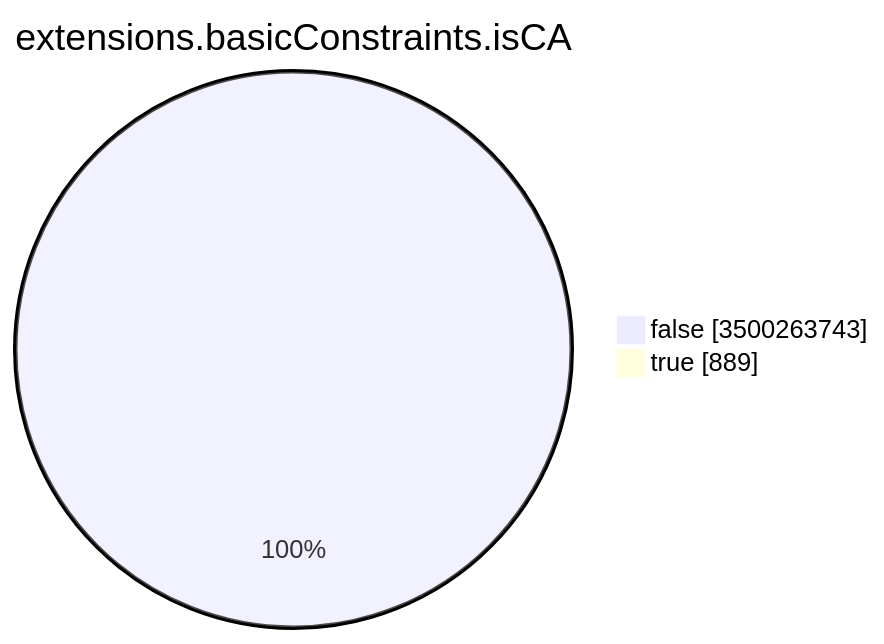
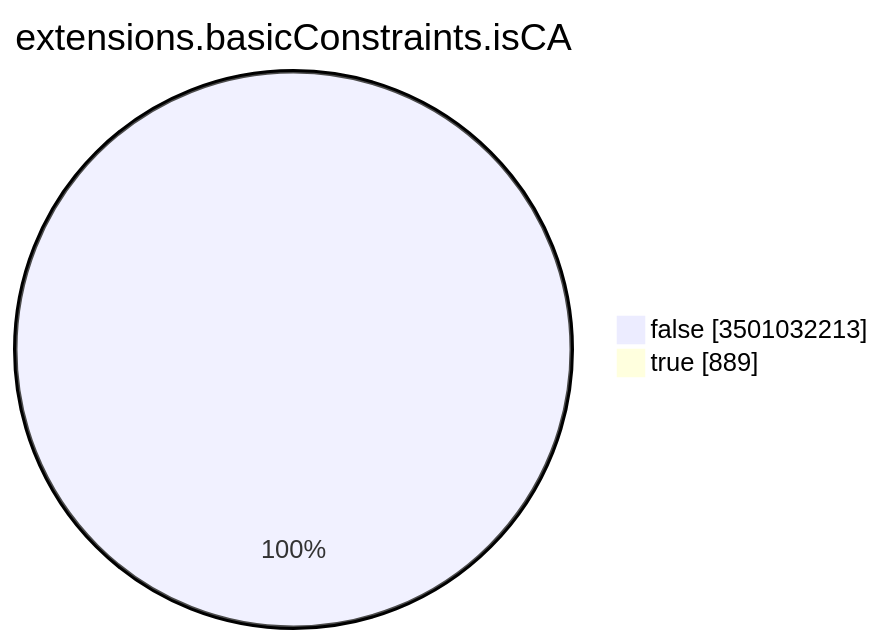
The seventh of 15 diagrams in TOTAL/README.md (christiankrug/ctmonitor_visualization), drawn with Mermaid before and after one commit. The commit also changed other lines of this file, not shown here.

````diff
--- a/TOTAL/README.md
+++ b/TOTAL/README.md
@@ -3094,6 +3094,6 @@
 ```mermaid
 pie showData
 title extensions.basicConstraints.isCA
-"false" :3500263743
+"false" :3501032213
 "true" :889
 ```
````
